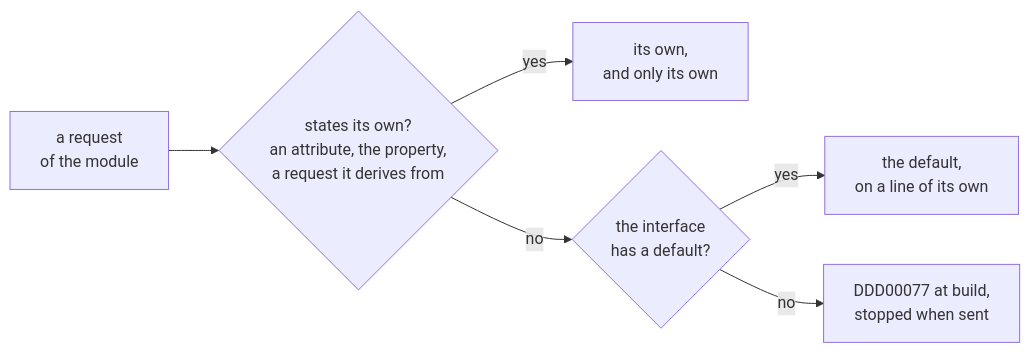
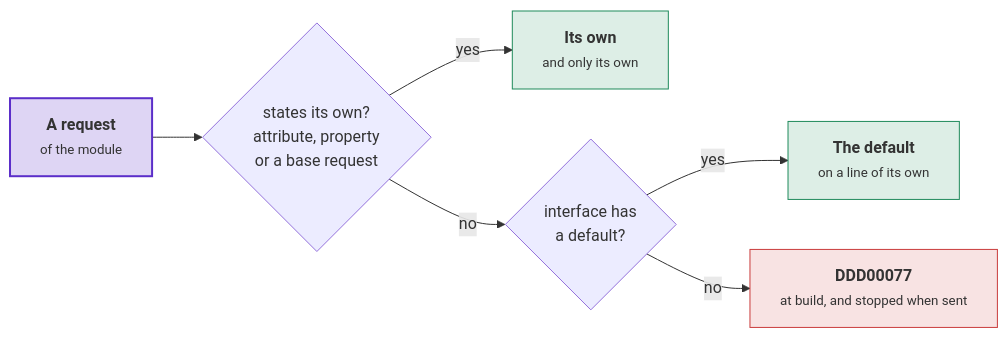
One commit to DylanSnel/DDDToolkit changed the second of 10 diagrams in docs/access-requirements.md. Above: the diagram before and after it, drawn with Mermaid. The commit also changed other lines of this file and 41 other files, not shown here.

First line of the commit message:
Docs: plain prose, one word per concept, and readable diagrams on every page

````diff
--- a/docs/access-requirements.md
+++ b/docs/access-requirements.md
@@ -179,8 +193,14 @@
 ```mermaid
 flowchart LR
-    Request["a request<br/>of the module"] --> Own{"states its own?<br/>an attribute, the property,<br/>a request it derives from"}
-    Own -- "yes" --> Its["its own,<br/>and only its own"]
-    Own -- "no" --> Default{"the interface<br/>has a default?"}
-    Default -- "yes" --> Taken["the default,<br/>on a line of its own"]
-    Default -- "no" --> Stopped["DDD00077 at build,<br/>stopped when sent"]
+    Request["<b>A request</b><br/><small>of the module</small>"] --> Own{"states its own?<br/>attribute, property<br/>or a base request"}
+    Own -- "yes" --> Its["<b>Its own</b><br/><small>and only its own</small>"]
+    Own -- "no" --> Default{"interface has<br/>a default?"}
+    Default -- "yes" --> Taken["<b>The default</b><br/><small>on a line of its own</small>"]
+    Default -- "no" --> Stopped["<b>DDD00077</b><br/><small>at build, and stopped when sent</small>"]
+    classDef strong fill:#5b2ec933,stroke:#5b2ec9,stroke-width:2px
+    classDef good fill:#1f8a5b26,stroke:#1f8a5b
+    classDef bad fill:#c93c3c24,stroke:#c93c3c
+    class Request strong
+    class Its,Taken good
+    class Stopped bad
 ```
````
